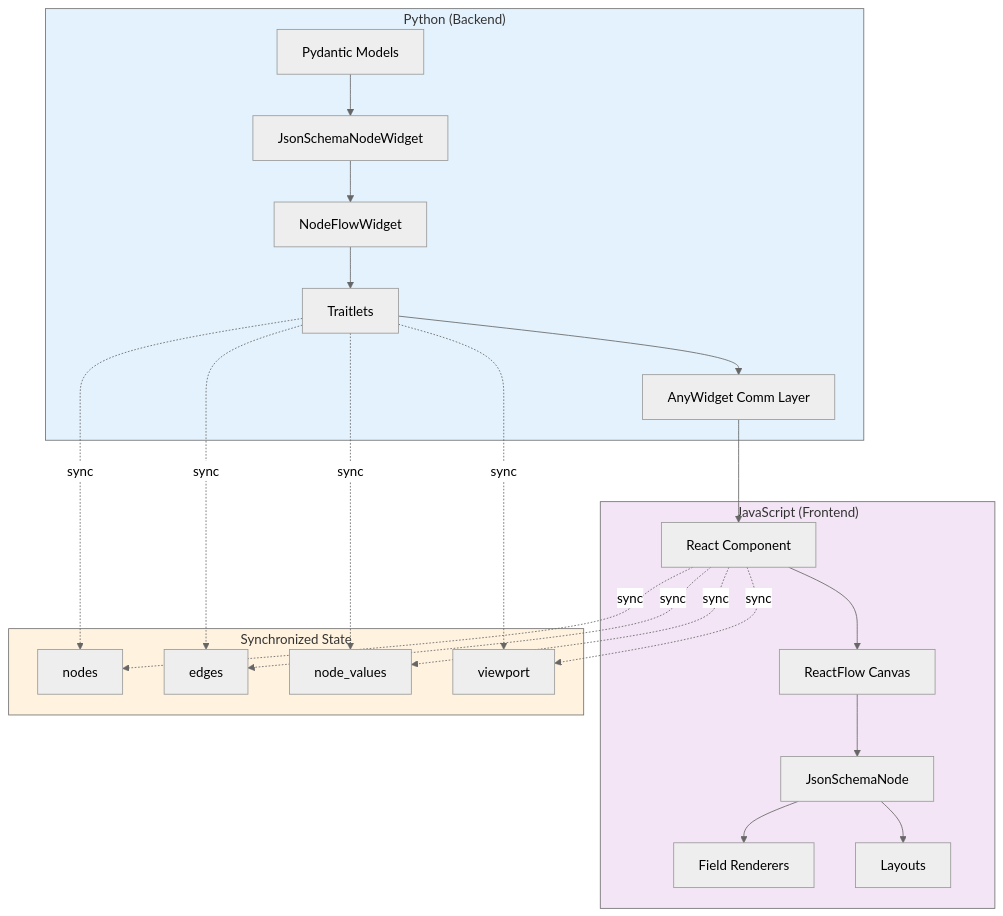
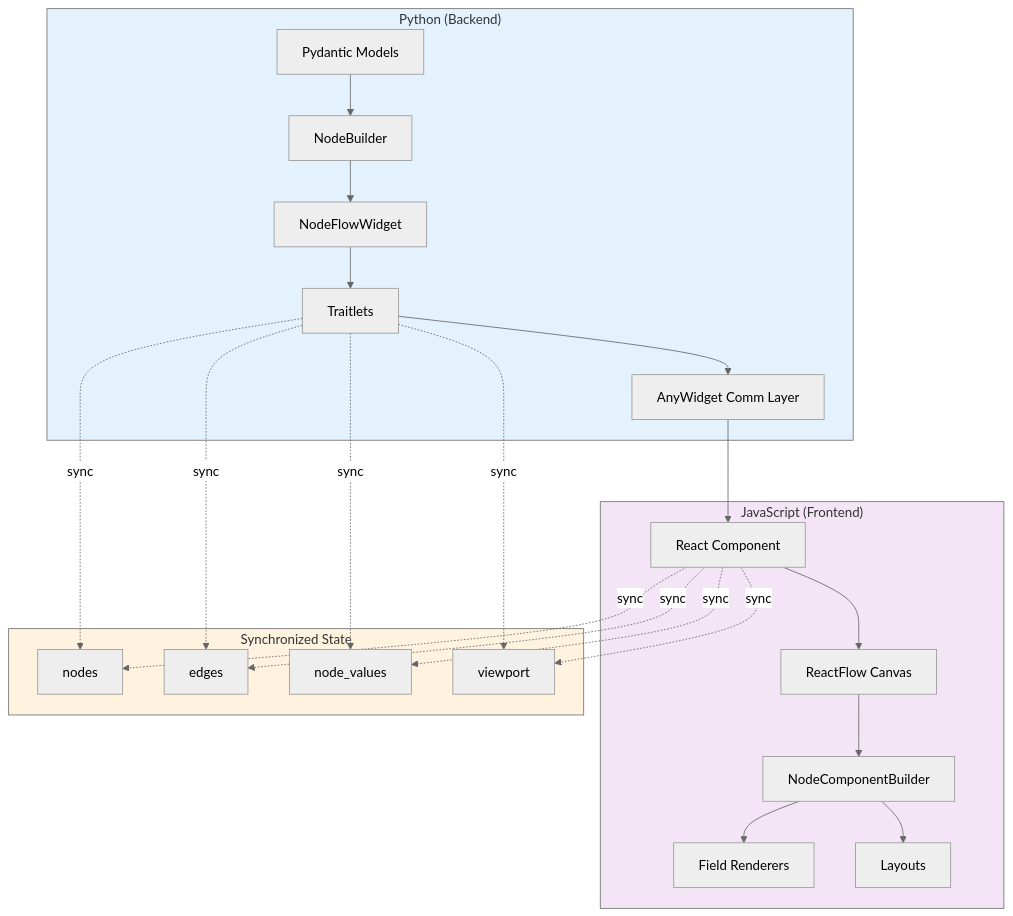
The first of 4 diagrams in docs/developer/architecture.md (HenningScheufler/pynodewidget), drawn with Mermaid (neutral theme) before and after one commit. The commit also changed other lines of this file and 4 other files, not shown here.

````diff
--- a/docs/developer/architecture.md
+++ b/docs/developer/architecture.md
@@ -9,37 +9,37 @@
 ```mermaid
 graph TB
     subgraph Python["Python (Backend)"]
-        A[Pydantic Models] --> B[JsonSchemaNodeWidget]
+        A[Pydantic Models] --> B[NodeBuilder]
         B --> C[NodeFlowWidget]
         C --> D[Traitlets]
         D --> E[AnyWidget Comm Layer]
     end
     
     subgraph JavaScript["JavaScript (Frontend)"]
         E --> F[React Component]
         F --> G[ReactFlow Canvas]
-        G --> H[JsonSchemaNode]
+        G --> H[NodeComponentBuilder]
         H --> I[Field Renderers]
         H --> J[Layouts]
     end
     
     subgraph State["Synchronized State"]
         K[nodes]
         L[edges]
         M[node_values]
         N[viewport]
     end
     
     D -.sync.-> K
     D -.sync.-> L
     D -.sync.-> M
     D -.sync.-> N
     F -.sync.-> K
     F -.sync.-> L
     F -.sync.-> M
     F -.sync.-> N
     
     style Python fill:#e3f2fd
     style JavaScript fill:#f3e5f5
     style State fill:#fff3e0
 ```
````
